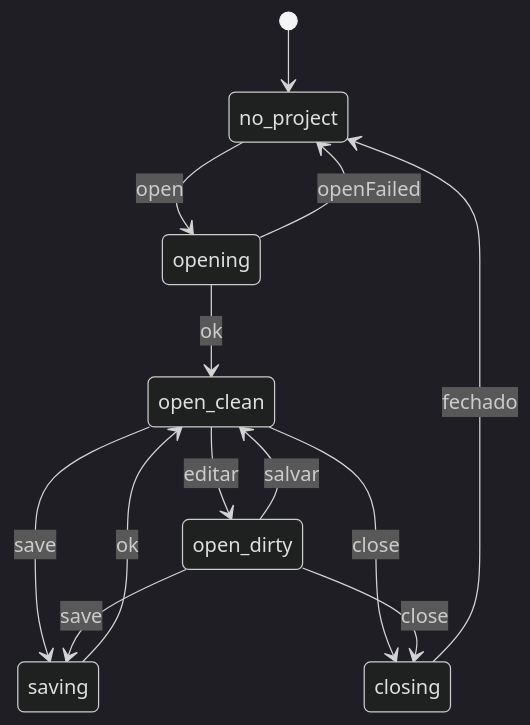
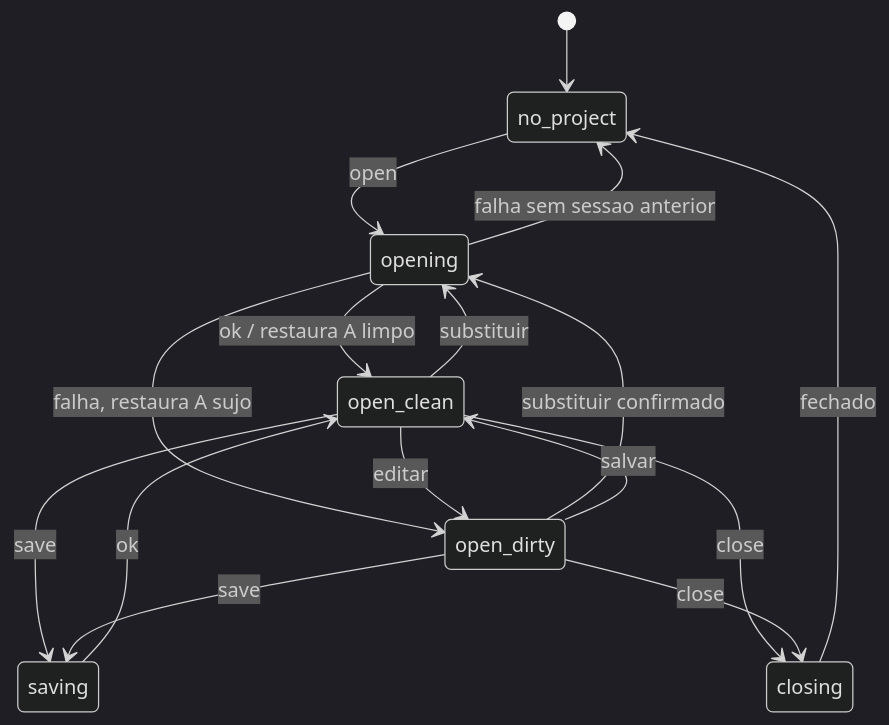
One commit to flaviotinococoutinho/Gridsmith changed the fifth of 5 diagrams in docs/ALPHA-0.1.md. Above: the diagram before and after it, drawn with Mermaid (dark theme). The commit also changed other lines of this file and 68 other files, not shown here.

````diff
--- a/docs/ALPHA-0.1.md
+++ b/docs/ALPHA-0.1.md
@@ -187,15 +194,18 @@
 ```mermaid
 stateDiagram-v2
   [*] --> no_project
   no_project --> opening : open
-  opening --> open_clean : ok
-  opening --> no_project : openFailed
+  open_clean --> opening : substituir
+  open_dirty --> opening : substituir confirmado
+  opening --> open_clean : ok / restaura A limpo
+  opening --> open_dirty : falha, restaura A sujo
+  opening --> no_project : falha sem sessao anterior
   open_clean --> open_dirty : editar
   open_dirty --> open_clean : salvar
   open_clean --> saving : save
   open_dirty --> saving : save
   saving --> open_clean : ok
   open_clean --> closing : close
   open_dirty --> closing : close
   closing --> no_project : fechado
 ```
````
